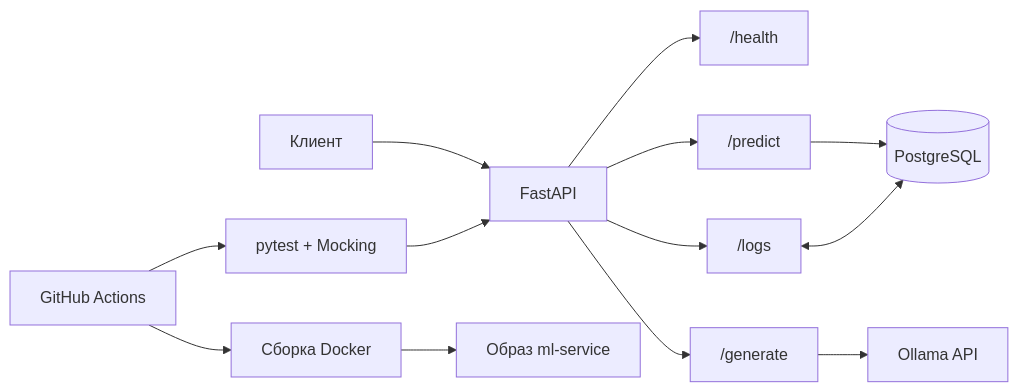
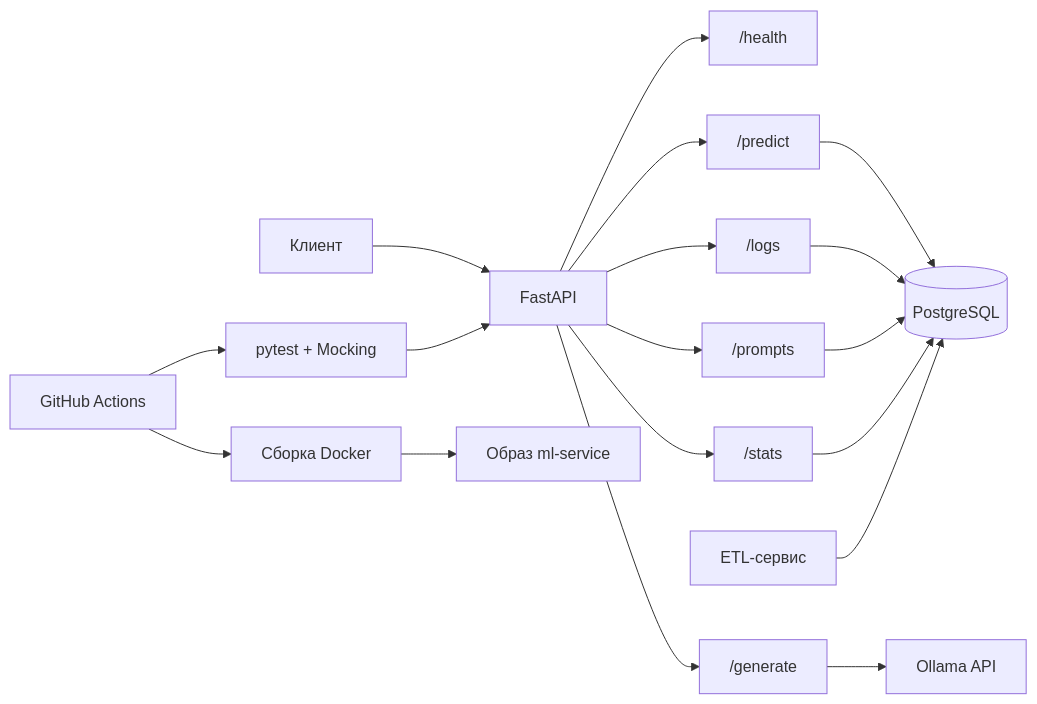
The diagram in README.md (avandrevv/ML-service), drawn with Mermaid before and after one commit. The commit also changed other lines of this file, not shown here.

````diff
--- a/README.md
+++ b/README.md
@@ -106,15 +160,20 @@
 ```mermaid
 graph LR
     A[Клиент] --> B[FastAPI]
     B --> C["/health"]
     B --> D["/predict"]
     B --> E["/generate"]
     B --> F["/logs"]
-    D --> G[(PostgreSQL)]
-    F <--> G
-    E --> H[Ollama API]
-    I[pytest + Mocking] --> B
-    J[GitHub Actions] --> I
-    J --> K[Сборка Docker]
-    K --> L[Образ ml-service]
+    B --> G["/prompts"]
+    B --> H["/stats"]
+    D --> I[(PostgreSQL)]
+    F --> I
+    G --> I
+    H --> I
+    E --> J[Ollama API]
+    K[ETL-сервис] --> I
+    L[pytest + Mocking] --> B
+    M[GitHub Actions] --> L
+    M --> N[Сборка Docker]
+    N --> O[Образ ml-service]
 ```
````
